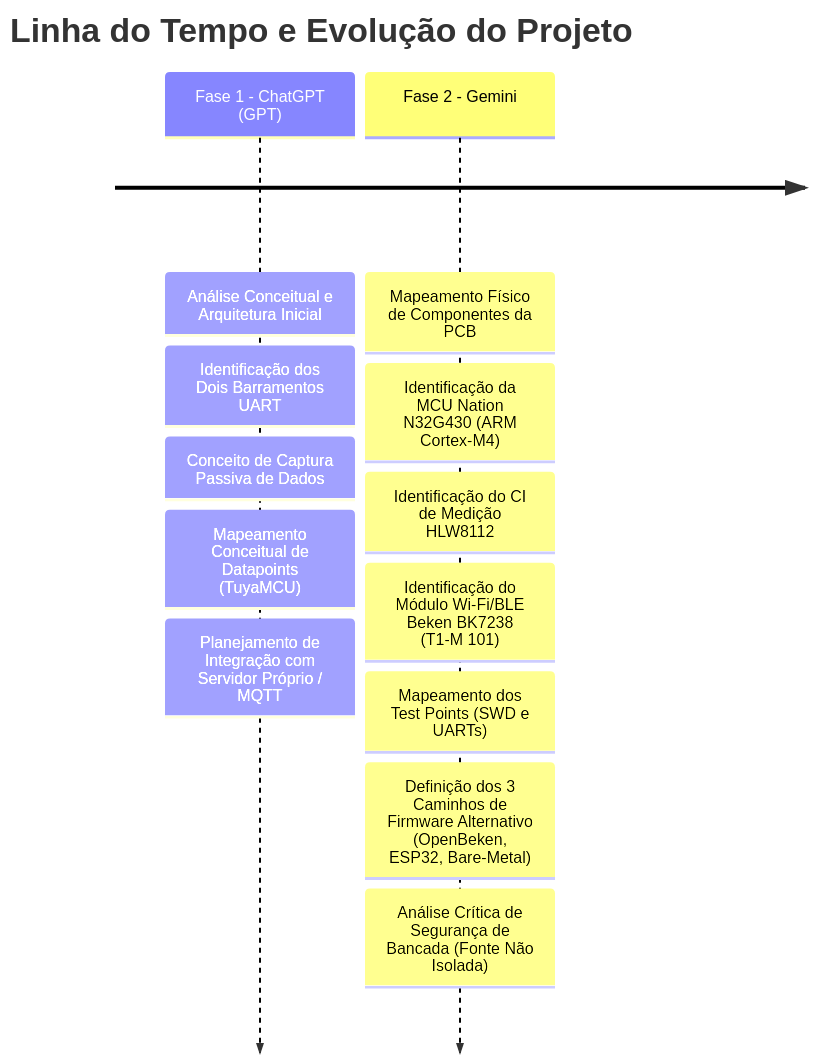
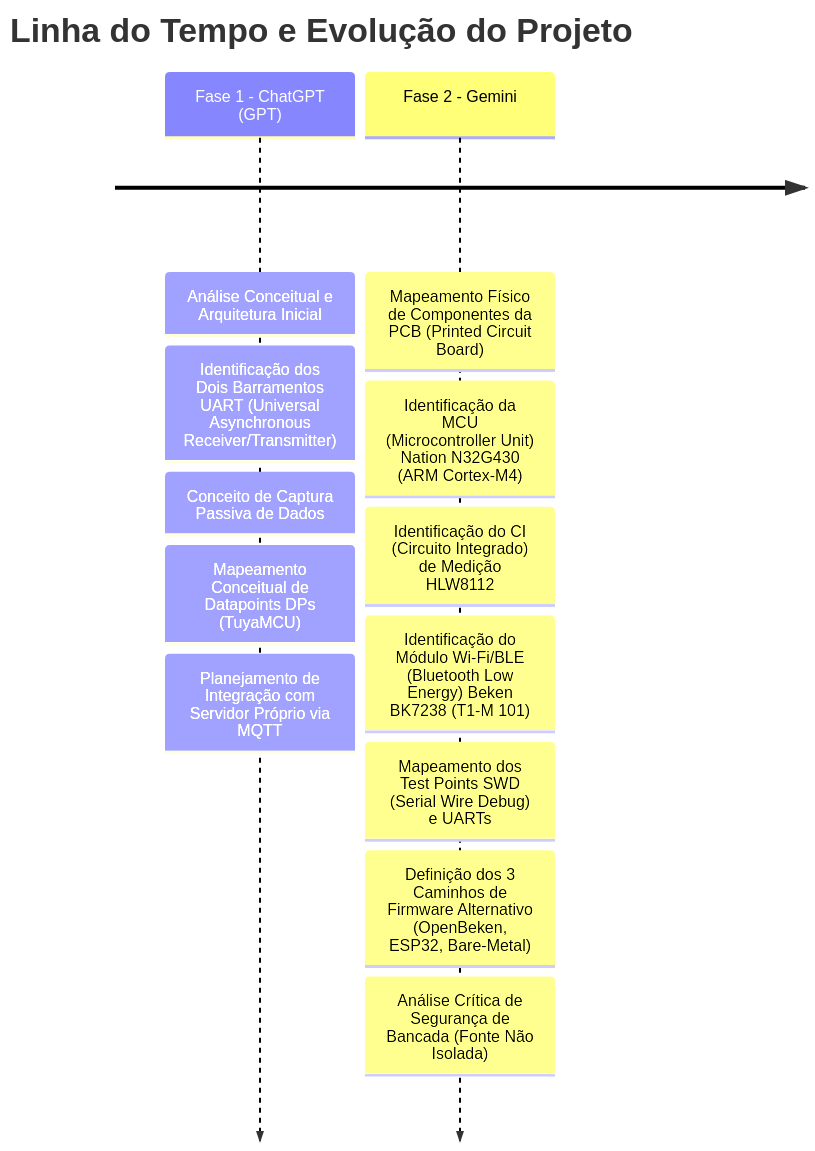
Before and after one commit to fgbettio/MonitorEnergiaTuya: the first of 4 diagrams in README.md, drawn with Mermaid. The commit also changed other lines of this file and 4 other files, not shown here.

````diff
--- a/README.md
+++ b/README.md
@@ -11,16 +11,16 @@
 ```mermaid
 timeline
     title Linha do Tempo e Evolução do Projeto
     Fase 1 - ChatGPT (GPT) : Análise Conceitual e Arquitetura Inicial
-                           : Identificação dos Dois Barramentos UART
+                           : Identificação dos Dois Barramentos UART (Universal Asynchronous Receiver/Transmitter)
                            : Conceito de Captura Passiva de Dados
-                           : Mapeamento Conceitual de Datapoints (TuyaMCU)
-                           : Planejamento de Integração com Servidor Próprio / MQTT
-    Fase 2 - Gemini       : Mapeamento Físico de Componentes da PCB
-                           : Identificação da MCU Nation N32G430 (ARM Cortex-M4)
-                           : Identificação do CI de Medição HLW8112
-                           : Identificação do Módulo Wi-Fi/BLE Beken BK7238 (T1-M 101)
-                           : Mapeamento dos Test Points (SWD e UARTs)
+                           : Mapeamento Conceitual de Datapoints DPs (TuyaMCU)
+                           : Planejamento de Integração com Servidor Próprio via MQTT
+    Fase 2 - Gemini       : Mapeamento Físico de Componentes da PCB (Printed Circuit Board)
+                           : Identificação da MCU (Microcontroller Unit) Nation N32G430 (ARM Cortex-M4)
+                           : Identificação do CI (Circuito Integrado) de Medição HLW8112
+                           : Identificação do Módulo Wi-Fi/BLE (Bluetooth Low Energy) Beken BK7238 (T1-M 101)
+                           : Mapeamento dos Test Points SWD (Serial Wire Debug) e UARTs
                            : Definição dos 3 Caminhos de Firmware Alternativo (OpenBeken, ESP32, Bare-Metal)
                            : Análise Crítica de Segurança de Bancada (Fonte Não Isolada)
 ```
````
